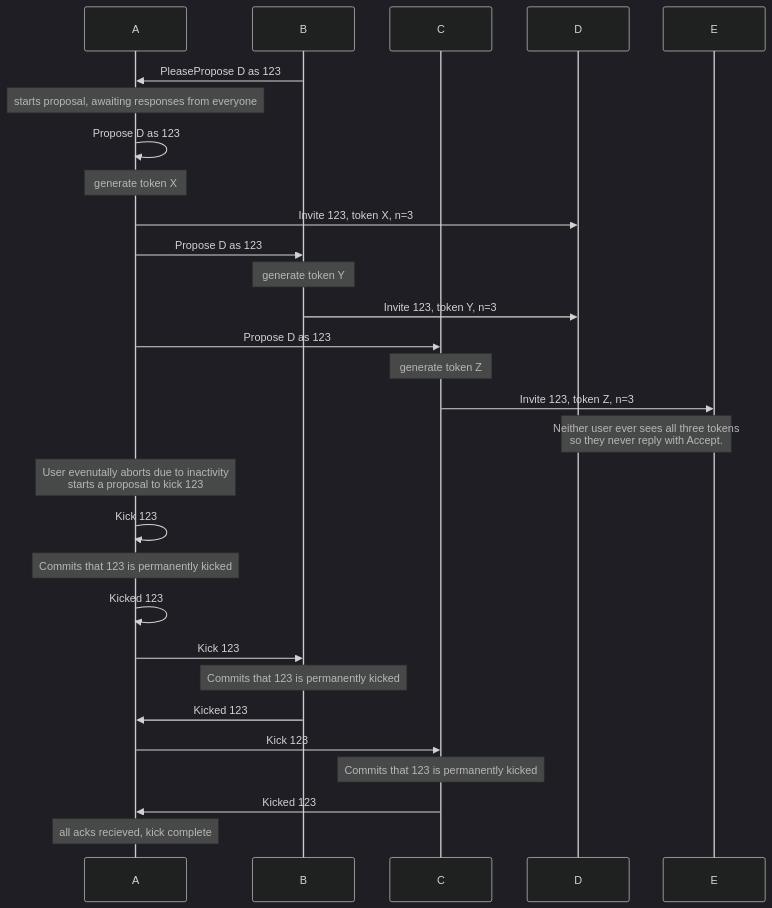
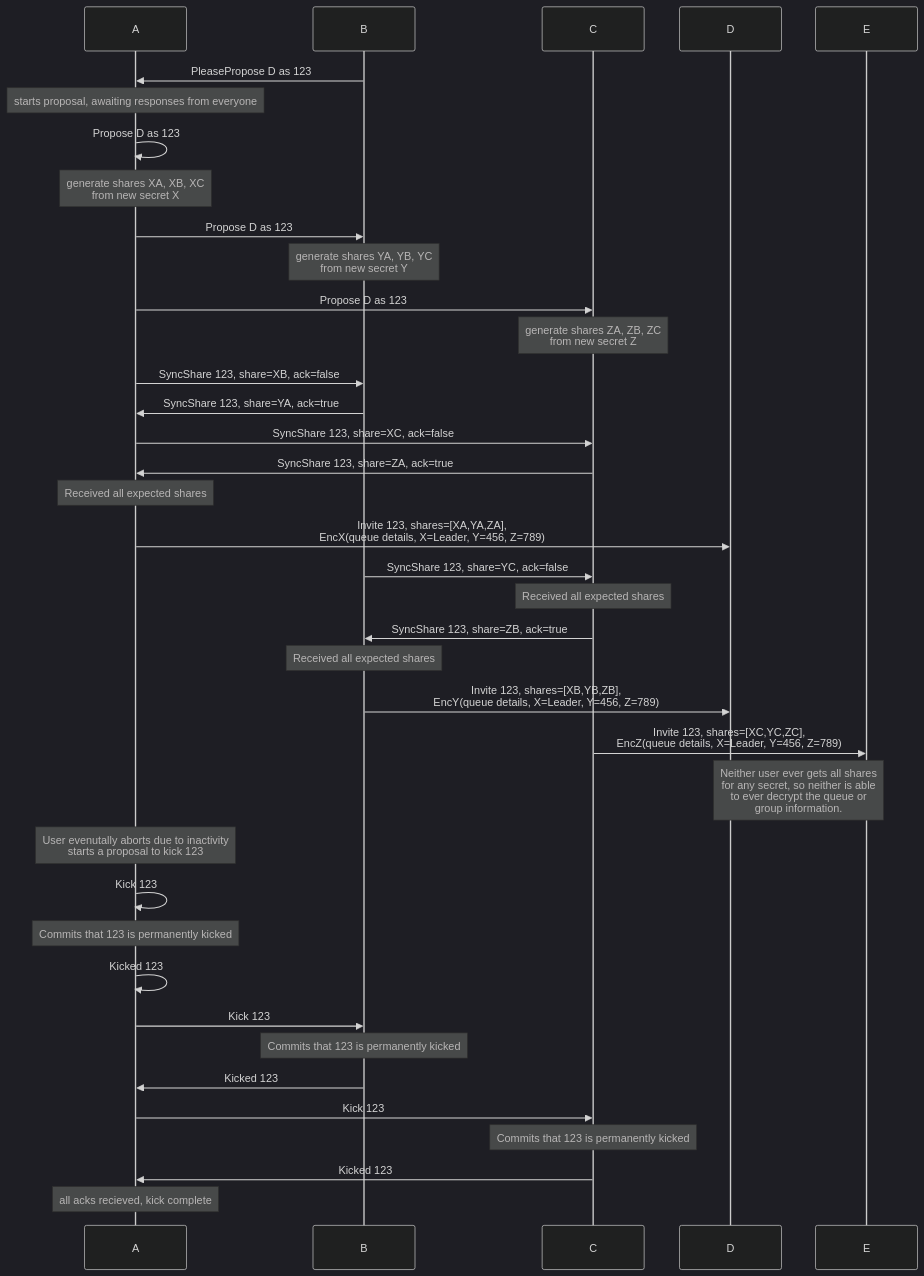
The sixth of 8 diagrams in rfcs/2022-06-11-private-groups.md (simplex-chat/simplexmq), drawn with Mermaid (dark theme) before and after one commit. The commit also changed other lines of this file and 1 other file, not shown here.

Commit message:
Update the remainder of the RFC markdown file to describe the secret splitting approach, rather than the original token based approach.

````diff
--- a/rfcs/2022-06-11-private-groups.md
+++ b/rfcs/2022-06-11-private-groups.md
@@ -406,31 +387,40 @@
 ```mermaid
 sequenceDiagram
     participant A
     participant B
     participant C
     participant D
     participant E
     B->>A: PleasePropose D as 123
     note over A: starts proposal, awaiting responses from everyone
     A->>A: Propose D as 123
-    note over A: generate token X
-    A->>D: Invite 123, token X, n=3
+    note over A: generate shares XA, XB, XC<br>from new secret X
     A->>B: Propose D as 123
-    note over B: generate token Y
-    B->>D: Invite 123, token Y, n=3
+    note over B: generate shares YA, YB, YC<br>from new secret Y
     A->>C: Propose D as 123
-    note over C: generate token Z
-    C->>E: Invite 123, token Z, n=3
-    note over D,E: Neither user ever sees all three tokens<br>so they never reply with Accept.
+    note over C: generate shares ZA, ZB, ZC<br>from new secret Z
+    A->>B: SyncShare 123, share=XB, ack=false
+    B->>A: SyncShare 123, share=YA, ack=true
+    A->>C: SyncShare 123, share=XC, ack=false
+    C->>A: SyncShare 123, share=ZA, ack=true
+    note over A: Received all expected shares
+    A->>D: Invite 123, shares=[XA,YA,ZA],<br>EncX(queue details, X=Leader, Y=456, Z=789)
+    B->>C: SyncShare 123, share=YC, ack=false
+    note over C: Received all expected shares
+    C->>B: SyncShare 123, share=ZB, ack=true
+    note over B: Received all expected shares
+    B->>D: Invite 123, shares=[XB,YB,ZB],<br>EncY(queue details, X=Leader, Y=456, Z=789)
+    C->>E: Invite 123, shares=[XC,YC,ZC],<br>EncZ(queue details, X=Leader, Y=456, Z=789)
+    note over D,E: Neither user ever gets all shares<br>for any secret, so neither is able<br>to ever decrypt the queue or<br>group information.
     note over A: User evenutally aborts due to inactivity<br>starts a proposal to kick 123
     A->>A: Kick 123
     note over A: Commits that 123 is permanently kicked
     A->>A: Kicked 123
     A->>B: Kick 123
     note over B: Commits that 123 is permanently kicked
     B->>A: Kicked 123
     A->>C: Kick 123
     note over C: Commits that 123 is permanently kicked
     C->>A: Kicked 123
     note over A: all acks recieved, kick complete
 ```
````
